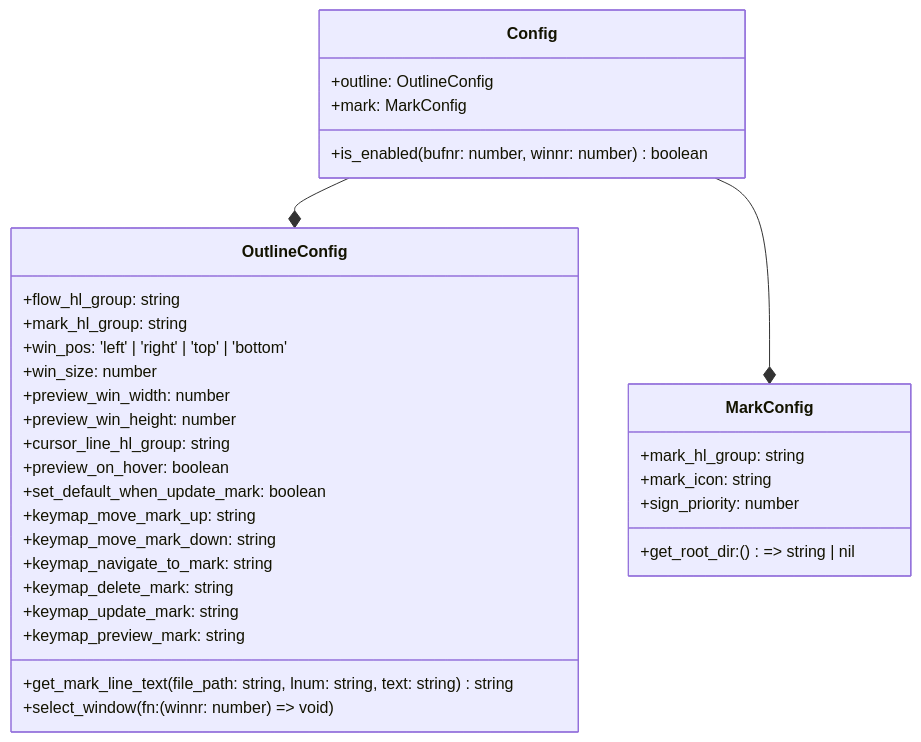
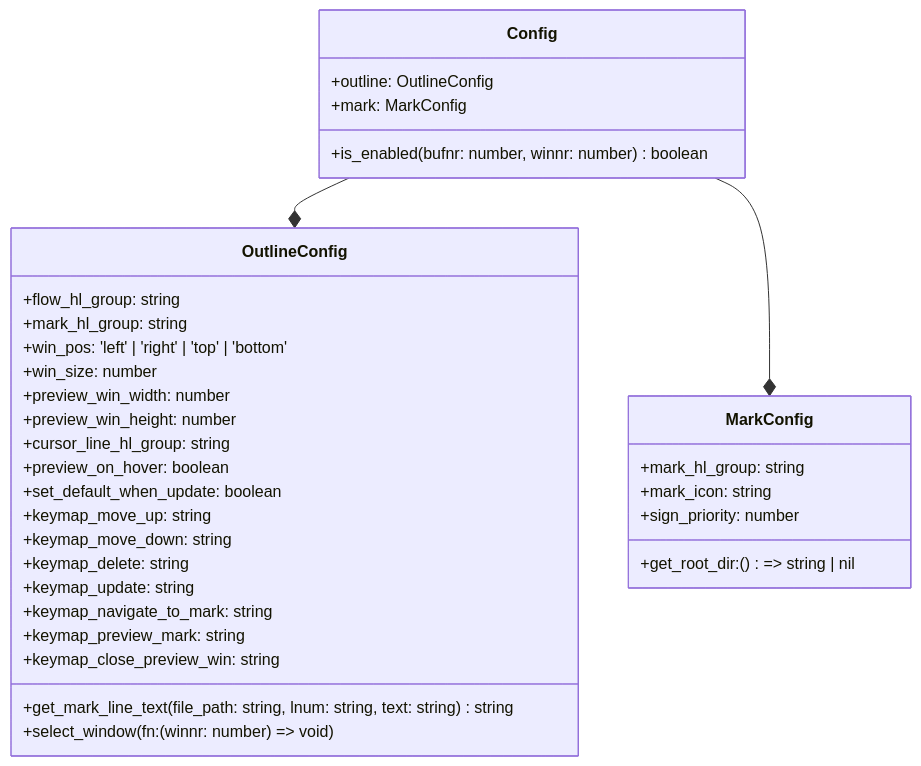
The second of 2 diagrams in README.md (niuiic/track.nvim), drawn with Mermaid before and after one commit. The commit also changed other lines of this file and 1 other file, not shown here.

````diff
--- a/README.md
+++ b/README.md
@@ -215,38 +218,39 @@
 ```mermaid
 classDiagram
     Config --* OutlineConfig
     Config --* MarkConfig
     class Config {
         +outline: OutlineConfig
         +mark: MarkConfig
         +is_enabled(bufnr: number, winnr: number) boolean
     }
 
     class OutlineConfig {
         +flow_hl_group: string
         +mark_hl_group: string
         +win_pos: 'left' | 'right' | 'top' | 'bottom'
         +win_size: number
         +preview_win_width: number
         +preview_win_height: number
         +cursor_line_hl_group: string
         +preview_on_hover: boolean
-        +set_default_when_update_mark: boolean
-        +keymap_move_mark_up: string
-        +keymap_move_mark_down: string
+        +set_default_when_update: boolean
+        +keymap_move_up: string
+        +keymap_move_down: string
+        +keymap_delete: string
+        +keymap_update: string
         +keymap_navigate_to_mark: string
-        +keymap_delete_mark: string
-        +keymap_update_mark: string
         +keymap_preview_mark: string
+        +keymap_close_preview_win: string
 
         +get_mark_line_text(file_path: string, lnum: string, text: string) string
         +select_window(fn: (winnr: number) => void)
     }
 
     class MarkConfig {
         +mark_hl_group: string
         +mark_icon: string
         +get_root_dir: () => string | nil
         +sign_priority: number
     }
 ```
````
